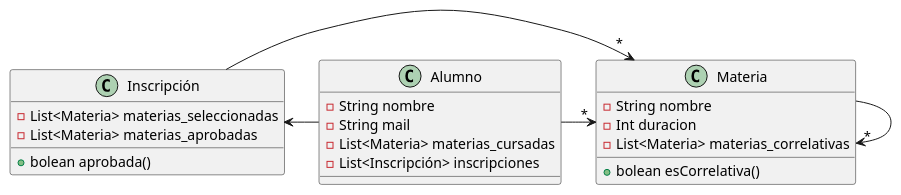
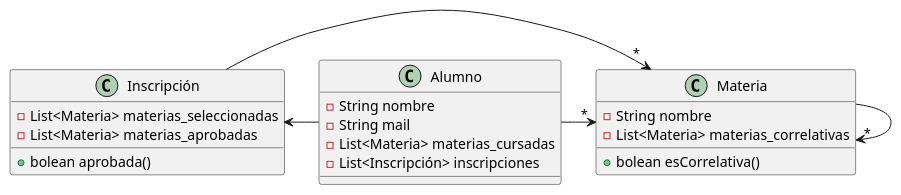
Before and after one commit to tomas1404/ejercicio_1_tomas_garais: the diagram in diagrama_clase1.puml, drawn with PlantUML.

Commit message:
ejercicio 1

```diff
--- a/diagrama_clase1.puml
+++ b/diagrama_clase1.puml
@@ -1,49 +1,48 @@
 @startuml
 'https://plantuml.com/class-diagram
 
 /'
 Contexto
 Nos han solicitado el diseño y el desarrollo de un Validador de Inscripciones según materias correlativas.
 En las carreras terciarias y universitarias, para ordenar el plan de estudios y asegurar que cuando se inicia
 una materia se tienen todos los conocimientos necesarios para entenderla, se establece lo que se llama
 comúnmente “materias correlativas”. Básicamente, son materias que hay que tener aprobadas antes de
 cursar la materia en cuestión. Por ejemplo, antes de cursar Diseño de Sistemas hay que cursar Paradigmas
 de Programación y antes de ésta hay que cursar Algoritmos y Estructuras de Datos, donde esta última no
 tiene correlativas.
 
 Consigna
 Teniendo en cuenta que:
 • El método principal del presente módulo debe ser el método “boolean aprobada()” de la clase
 Inscripción
 • Las inscripciones pueden involucrar varias asignaturas
 • La inscripción se rechaza si al menos una materia no cumple con la condición de correlatividades
 Y teniendo como restricción que solamente se podrán utilizar, además de la clase Inscripción, la clase
 Materia y Alumno; se pide:
 '/
 
 class Inscripción {
     -List<Materia> materias_seleccionadas
     -List<Materia> materias_aprobadas
     +bolean aprobada()
 }
 
 class Alumno {
     - String nombre
     - String mail
     - List<Materia> materias_cursadas
     - List<Inscripción> inscripciones
 }
 
 class Materia {
     - String nombre
-    - Int duracion
     - List<Materia> materias_correlativas
     + bolean esCorrelativa()
 }
 
 Inscripción ->"*" Materia
 Alumno ->"*" Materia
 Materia ->"*" Materia
 Inscripción <- Alumno
 
 @enduml
```
